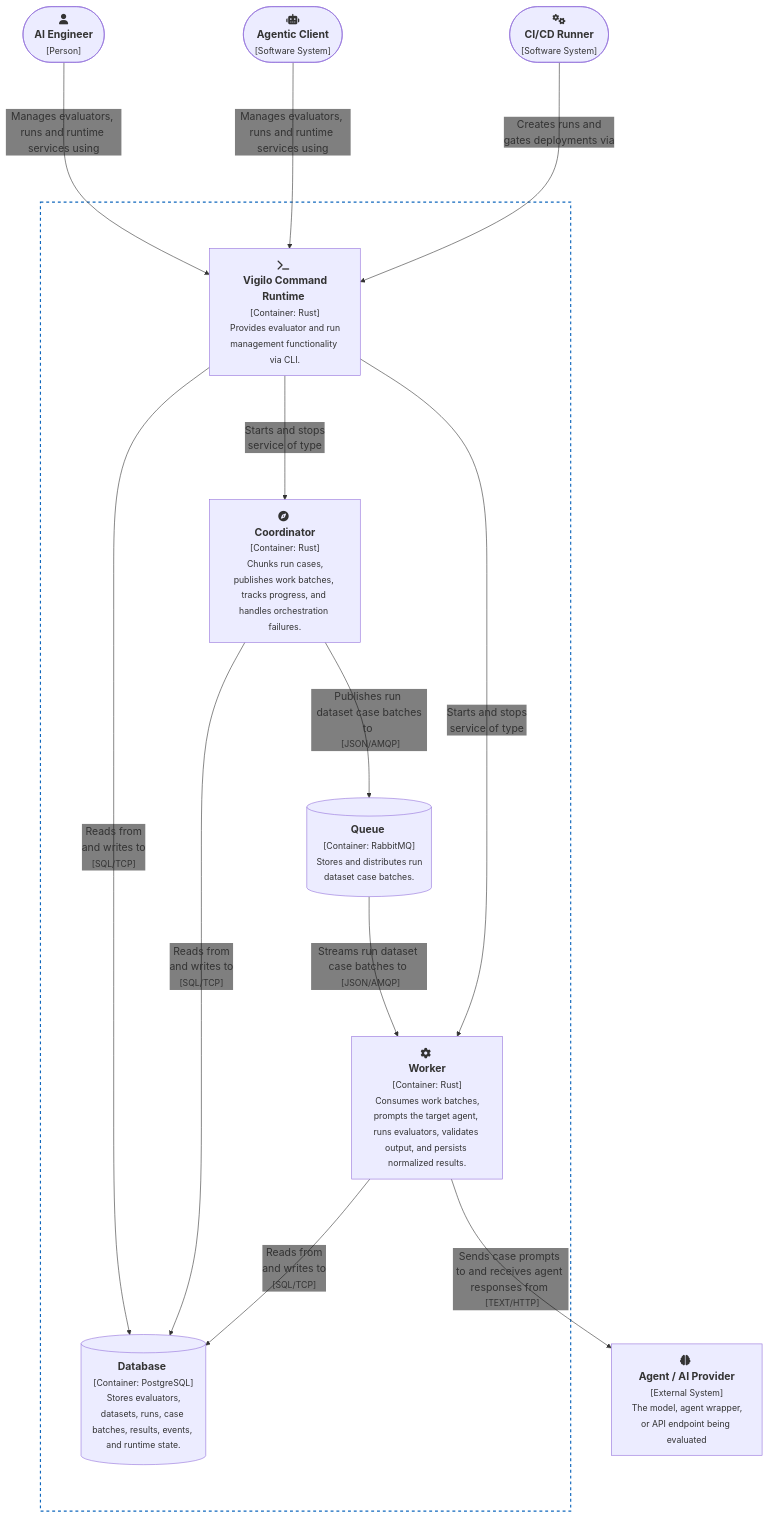
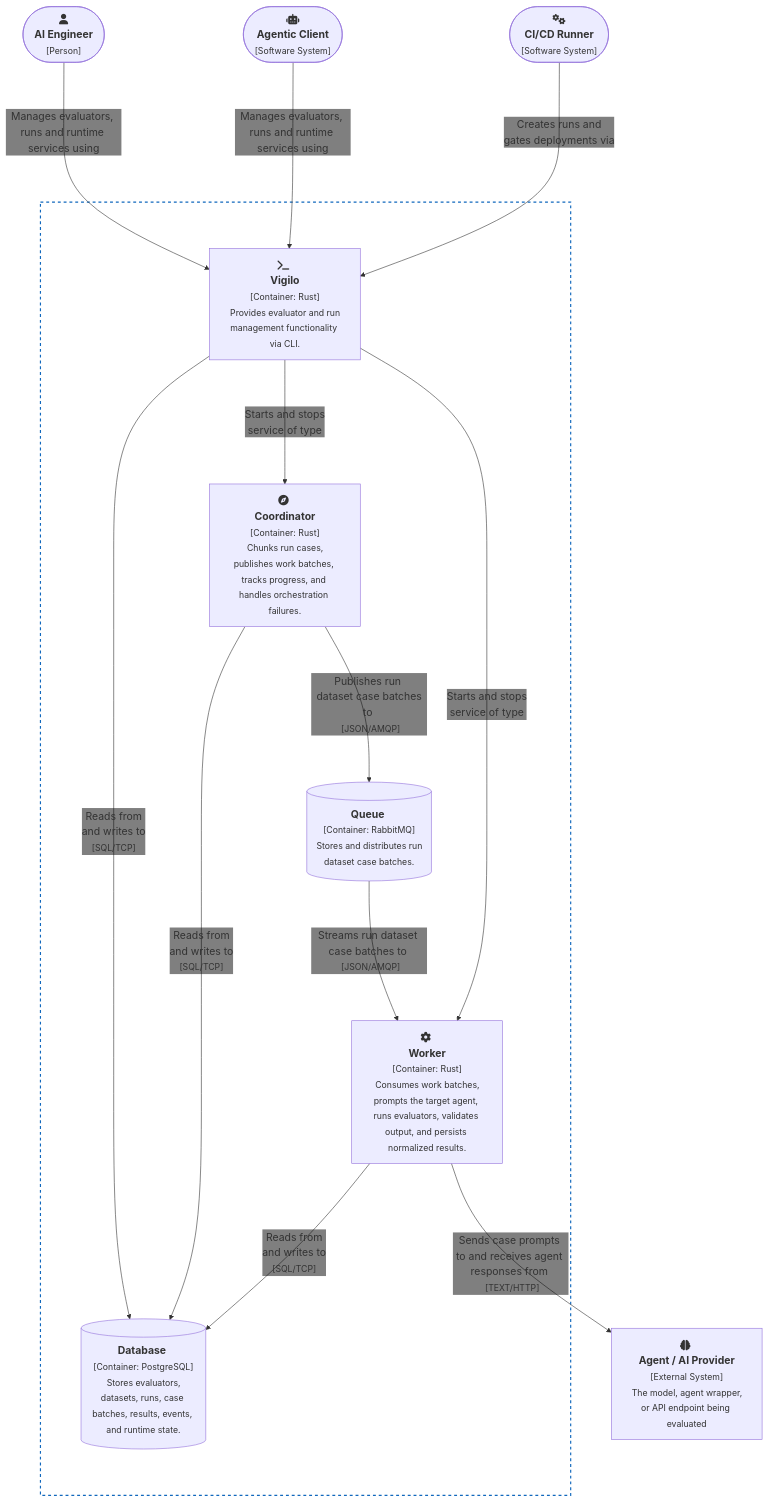
Before and after one commit to gregl83/agent-vigilo: the diagram in web/docs/architecture/structure/containers/agent-vigilo/diagram.mmd, drawn with Mermaid. The commit also changed 6 other files, not shown here.

Commit message:
add evaluators publish flow diagrams

```diff
--- a/web/docs/architecture/structure/containers/agent-vigilo/diagram.mmd
+++ b/web/docs/architecture/structure/containers/agent-vigilo/diagram.mmd
@@ -1,52 +1,52 @@
 ---
 config:
   flowchart:
     nodeSpacing: 120
     rankSpacing: 160
   themeVariables:
     fontSize: 18px
     padding: 50
     edgeLabelBackground: 'transparent'
 ---
 flowchart TD
     %% actors
     User(["fa:fa-user <br/> <b>AI Engineer</b> <br/> <small>[Person]</small>"]):::person
     AgentClient(["fa:fa-robot <br/> <b>Agentic Client</b> <br/> <small>[Software System]</small>"]):::actor
     CICD(["fa:fa-gears <br/> <b>CI/CD Runner</b> <br/> <small>[Software System]</small>"]):::actor
 
 
     %% components
-    Vigilo["fa:fa-terminal <br/> <b>Vigilo Command Runtime</b> <br/> <small>[Container: Rust]</small> <br/> <small>Provides evaluator and run management functionality via CLI.</small>"]:::component
+    Vigilo["fa:fa-terminal <br/> <b>Vigilo</b> <br/> <small>[Container: Rust]</small> <br/> <small>Provides evaluator and run management functionality via CLI.</small>"]:::component
     Coordinator["fa:fa-compass <br/> <b>Coordinator</b> <br/> <small>[Container: Rust]</small> <br/> <small>Chunks run cases, publishes work batches, tracks progress, and handles orchestration failures.</small>"]:::component
     Worker["fa:fa-gear <br/> <b>Worker</b> <br/> <small>[Container: Rust]</small> <br/> <small>Consumes work batches, prompts the target agent, runs evaluators, validates output, and persists normalized results.</small>"]:::component
     Database[("<b>Database</b> <br/> <small>[Container: PostgreSQL]</small> <br/> <small>Stores evaluators, datasets, runs, case batches, results, events, and runtime state.</small>")]:::component
     Queue[("<b>Queue</b> <br/> <small>[Container: RabbitMQ]</small> <br/> <small>Stores and distributes run dataset case batches.</small>")]:::component
 
     %% system boundary
     subgraph VigiloSystem["&nbsp;"]
         Vigilo
         Coordinator
         Worker
         Database
         Queue
     end
     style VigiloSystem stroke-dasharray: 5 5,fill:none,stroke:#1168bd,stroke-width:2px
 
     %% external target
     TargetAgent["fa:fa-brain <br/> <b>Agent / AI Provider</b> <br/> <small>[External System]</small> <br/> <small>The model, agent wrapper, or API endpoint being evaluated</small>"]:::external
 
     %% edges
     User & AgentClient -->|"Manages evaluators, runs and runtime services using"| Vigilo
     CICD -->|Creates runs and <br/> gates deployments via| Vigilo
     Vigilo -->|"Reads from <br/> and writes to <br> <small>[SQL/TCP]</small>"| Database
     Vigilo -->|"Starts and stops <br/> service of type"| Coordinator
     Vigilo -->|"Starts and stops <br/> service of type"| Worker
     Coordinator -->|"Reads from <br/> and writes to <br> <small>[SQL/TCP]</small>"| Database
     Coordinator -->|"Publishes run <br/> dataset case batches to <br> <small>[JSON/AMQP]</small>"| Queue
     Queue -->|"Streams run dataset case batches to <br> <small>[JSON/AMQP]</small>"| Worker
     Worker -->|"Reads from <br/> and writes to <br> <small>[SQL/TCP]</small>"| Database
     Worker -->|"Sends case prompts to and receives agent responses from <br> <small>[TEXT/HTTP]</small>"| TargetAgent
 
     %% links
     click Coordinator "/docs/architecture/structure/components/coordinator/"
     click Worker "/docs/architecture/structure/components/worker/"
```
